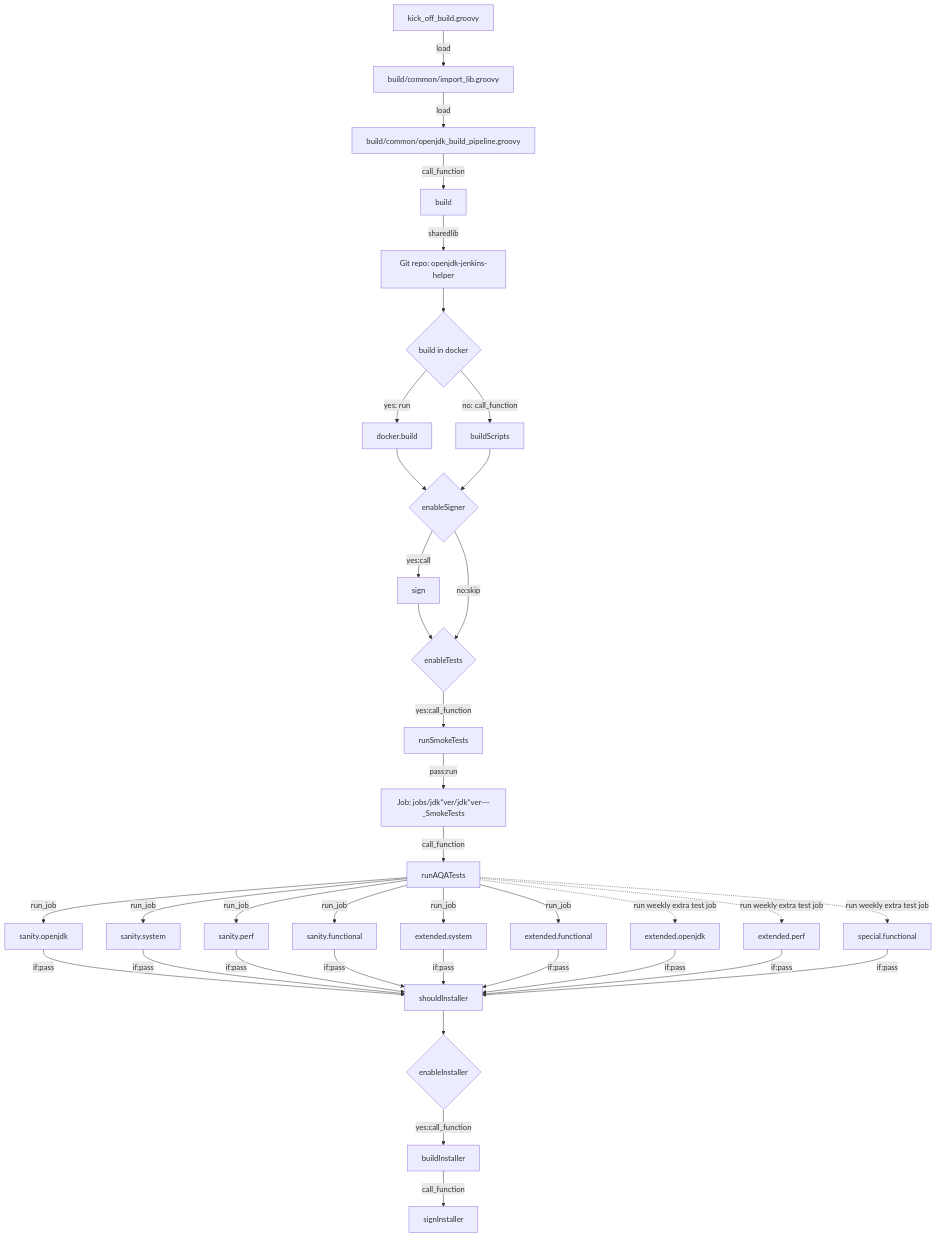
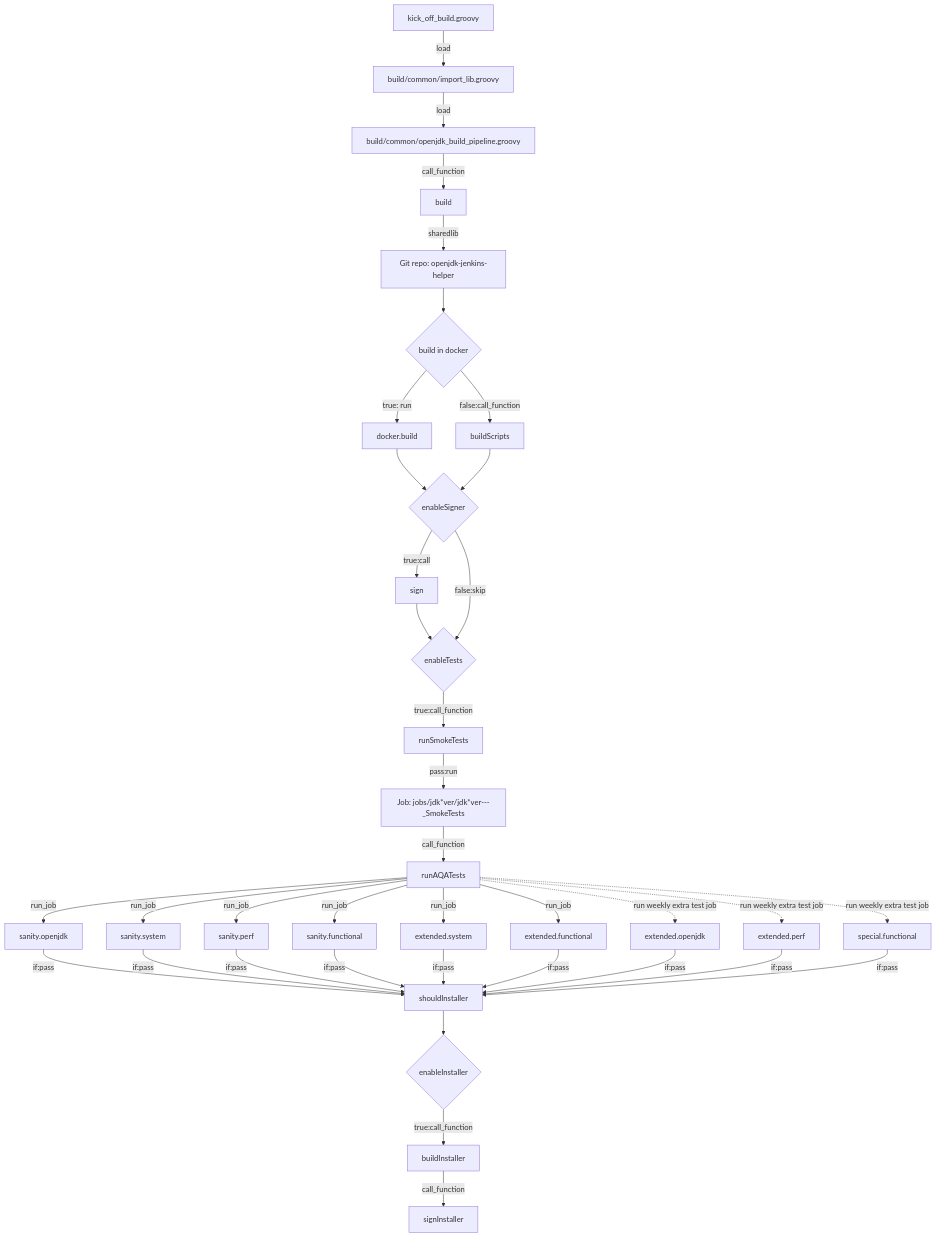
Before and after one commit to adoptium/ci-jenkins-pipelines: the eighth of 10 diagrams in docs/diagram.md, drawn with Mermaid. The commit also changed other lines of this file, not shown here.

Commit message:
update: clearup some logic in diagram

````diff
--- a/docs/diagram.md
+++ b/docs/diagram.md
@@ -91,32 +91,32 @@
 ```mermaid
 flowchart TD
 starter[kick_off_build.groovy] --load--> import[build/common/import_lib.groovy] --load--> Load1[build/common/openjdk_build_pipeline.groovy] --call_function--> Builder[build] 
 Builder --sharedlib --> 
 Load3[Git repo: openjdk-jenkins-helper] --> docker{build in docker}
-docker --yes: run--> dockerbuild[docker.build] --> sign
-docker --no: call_function--> CallbuildScript[buildScripts] --> sign{enableSigner} --yes:call--> sing[sign] --> testStage{enableTests}
-sign{enableSigner} --no:skip --> testStage --yes:call_function--> smoketest[runSmokeTests] --pass:run--> 
+docker --true: run--> dockerbuild[docker.build] --> sign
+docker --false:call_function--> CallbuildScript[buildScripts] --> sign{enableSigner} --true:call--> sing[sign] --> testStage{enableTests}
+sign{enableSigner} --false:skip --> testStage --true:call_function--> smoketest[runSmokeTests] --pass:run-->
 smoke[Job: jobs/jdk*ver/jdk*ver-<os>-<arch>-<variant>_SmokeTests] --call_function--> Stage2[runAQATests]
 
 Stage2 --run_job--> sanity1[sanity.openjdk]
 Stage2 --run_job--> sanity2[sanity.system]
 Stage2 --run_job--> sanity3[sanity.perf]
 Stage2 --run_job--> sanity4[sanity.functional]
 Stage2 --run_job--> extended1[extended.system]
 Stage2 --run_job--> extended2[extended.functional]
 Stage2 -.->|run weekly extra test job| weekly1[extended.openjdk]
 Stage2 -.->|run weekly extra test job| weekly2[extended.perf]
 Stage2 -.->|run weekly extra test job| weekly3[special.functional]
 
 sanity1 --if:pass--> shouldInstaller
 sanity2 --if:pass--> shouldInstaller
 sanity3 --if:pass--> shouldInstaller
 sanity4 --if:pass--> shouldInstaller
 extended1 --if:pass--> shouldInstaller
 extended2 --if:pass--> shouldInstaller
 weekly1 -->|if:pass| shouldInstaller
 weekly2  -->|if:pass| shouldInstaller
 weekly3  -->|if:pass| shouldInstaller
 
-shouldInstaller --> install{enableInstaller} --yes:call_function--> bI[buildInstaller] --call_function--> sI[signInstaller]
+shouldInstaller --> install{enableInstaller} --true:call_function--> bI[buildInstaller] --call_function--> sI[signInstaller]
 ```
````
